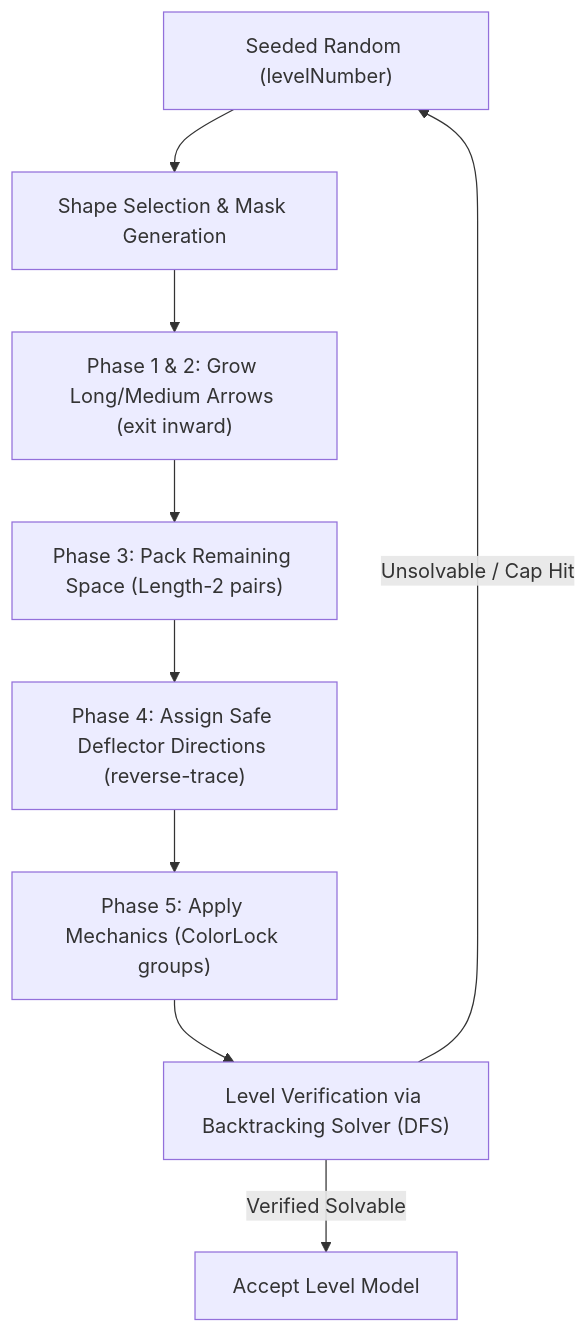
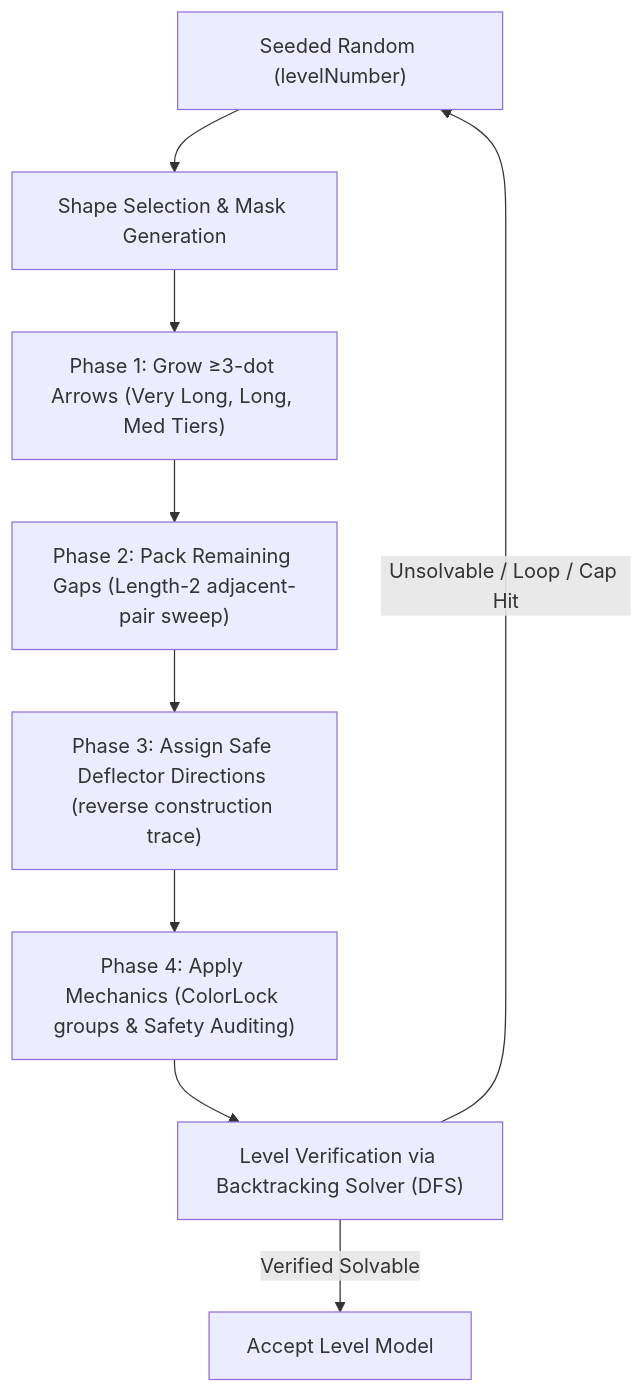
Before and after one commit to gtxPrime/arrow-escape: the diagram in README.md, drawn with Mermaid. The commit also changed other lines of this file, not shown here.

````diff
--- a/README.md
+++ b/README.md
@@ -102,11 +102,11 @@
 ```mermaid
 graph TD
     A["Seeded Random (levelNumber)"] --> B["Shape Selection & Mask Generation"]
-    B --> C["Phase 1 & 2: Grow Long/Medium Arrows (exit inward)"]
-    C --> D["Phase 3: Pack Remaining Space (Length-2 pairs)"]
-    D --> E["Phase 4: Assign Safe Deflector Directions (reverse-trace)"]
-    E --> F["Phase 5: Apply Mechanics (ColorLock groups)"]
+    B --> C["Phase 1: Grow ≥3-dot Arrows (Very Long, Long, Med Tiers)"]
+    C --> D["Phase 2: Pack Remaining Gaps (Length-2 adjacent-pair sweep)"]
+    D --> E["Phase 3: Assign Safe Deflector Directions (reverse construction trace)"]
+    E --> F["Phase 4: Apply Mechanics (ColorLock groups & Safety Auditing)"]
     F --> G["Level Verification via Backtracking Solver (DFS)"]
-    G -- "Unsolvable / Cap Hit" --> A
+    G -- "Unsolvable / Loop / Cap Hit" --> A
     G -- "Verified Solvable" --> H["Accept Level Model"]
 ```
````
